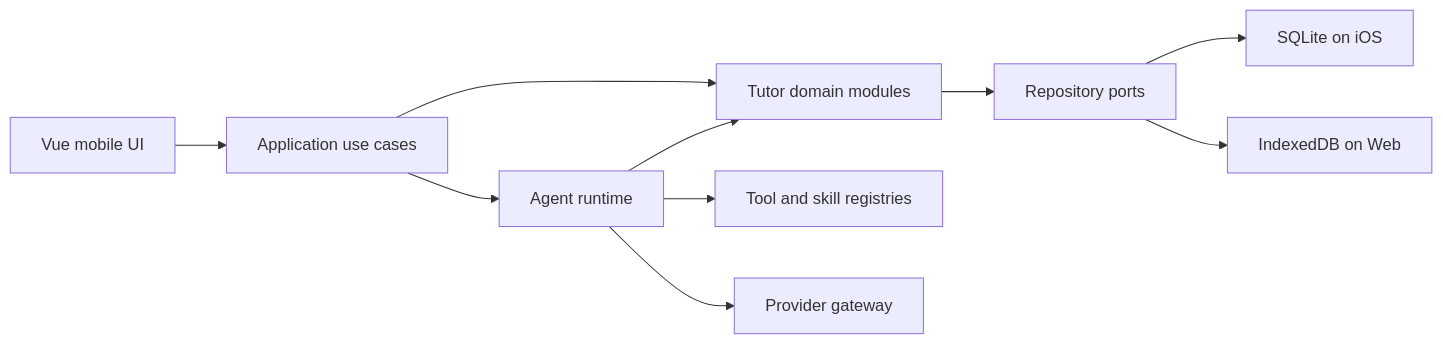
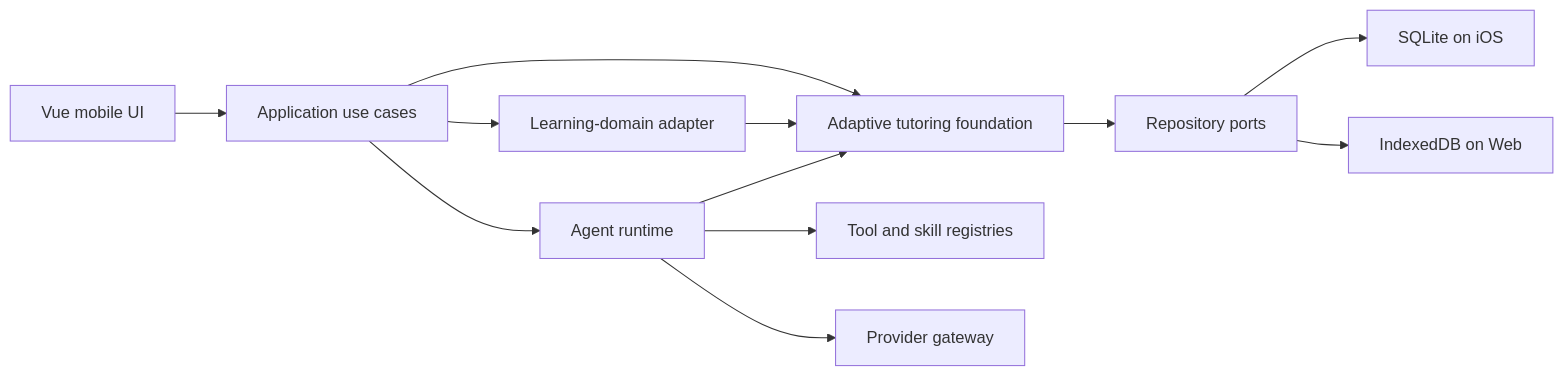
The diagram in README.md (zhangl1001/civil-ai), drawn with Mermaid before and after one commit. The commit also changed other lines of this file and 19 other files, not shown here.

First line of the commit message:
Clarify Civil AI as an adaptive education Agent foundation (#28)

````diff
--- a/README.md
+++ b/README.md
@@ -38,12 +80,14 @@
 ```mermaid
 flowchart LR
     UI["Vue mobile UI"] --> APP["Application use cases"]
-    APP --> DOM["Tutor domain modules"]
+    APP --> FOUNDATION["Adaptive tutoring foundation"]
+    APP --> ADAPTER["Learning-domain adapter"]
     APP --> AGENT["Agent runtime"]
     AGENT --> TOOLS["Tool and skill registries"]
     AGENT --> PROVIDERS["Provider gateway"]
-    DOM --> PORTS["Repository ports"]
+    FOUNDATION --> PORTS["Repository ports"]
+    ADAPTER --> FOUNDATION
     PORTS --> SQLITE["SQLite on iOS"]
     PORTS --> IDB["IndexedDB on Web"]
-    AGENT --> DOM
+    AGENT --> FOUNDATION
 ```
````
